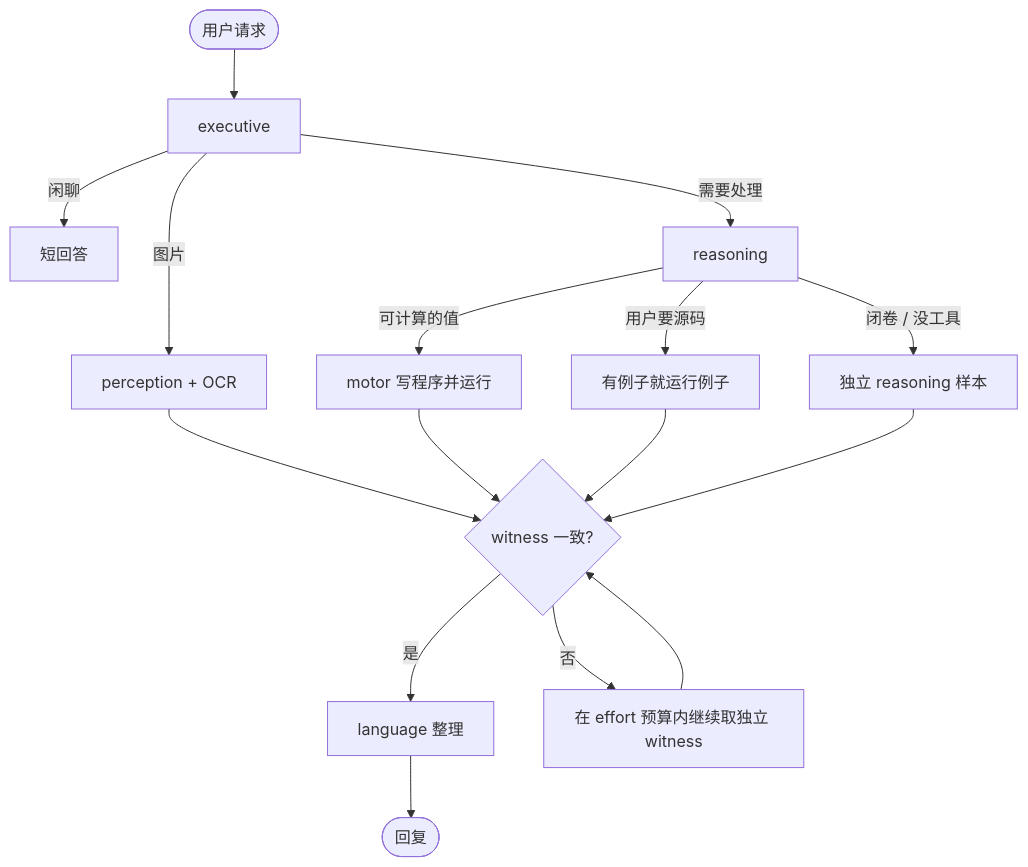
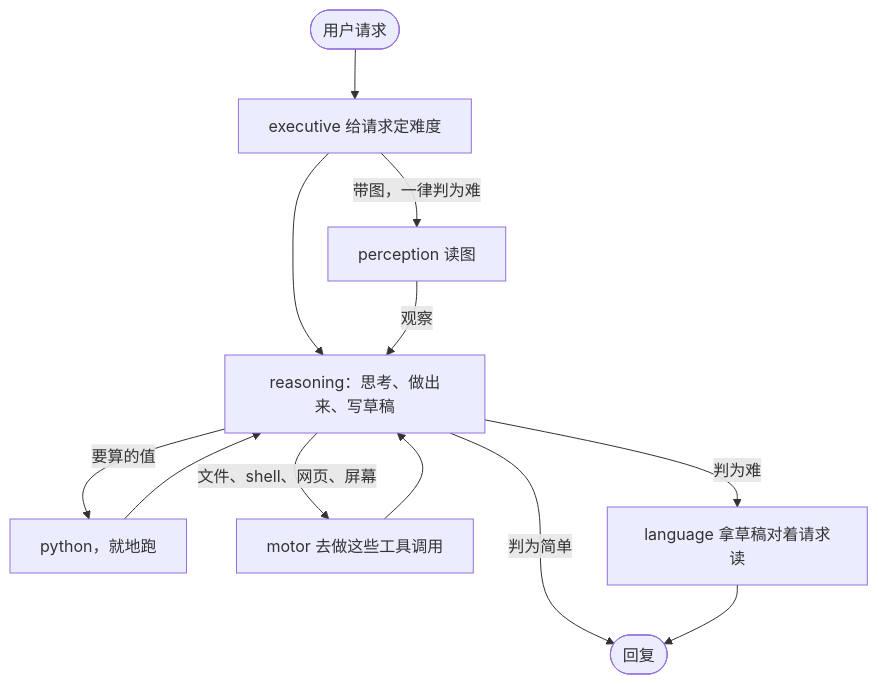
The second of 2 diagrams in README.zh-CN.md (VecSzn/lobes), drawn with Mermaid before and after one commit. The commit also changed other lines of this file and 31 other files, not shown here.

Commit message:
official graders for the hard suites; readme, architecture and the charts from the 0919 runs

````diff
--- a/README.zh-CN.md
+++ b/README.zh-CN.md
@@ -83,21 +81,16 @@
 ```mermaid
 flowchart TD
-  U([用户请求]) --> E[executive]
-  E -->|闲聊| C[短回答]
-  E -->|图片| P[perception + OCR]
-  E -->|需要处理| R[reasoning]
+  U([用户请求]) --> E[executive 给请求定难度]
+  E -->|带图，一律判为难| P[perception 读图]
+  E --> R[reasoning：思考、做出来、写草稿]
+  P -->|观察| R
 
-  R -->|可计算的值| M[motor 写程序并运行]
-  R -->|用户要源码| T[有例子就运行例子]
-  R -->|闭卷 / 没工具| S[独立 reasoning 样本]
+  R -->|要算的值| PY[python，就地跑]
+  R -->|文件、shell、网页、屏幕| M[motor 去做这些工具调用]
+  PY --> R
+  M --> R
 
-  P --> A{witness 一致?}
-  M --> A
-  T --> A
-  S --> A
-
-  A -->|是| L[language 整理]
-  A -->|否| H[在 effort 预算内继续取独立 witness]
-  H --> A
+  R -->|判为简单| O
+  R -->|判为难| L[language 拿草稿对着请求读]
   L --> O([回复])
 ```
````
